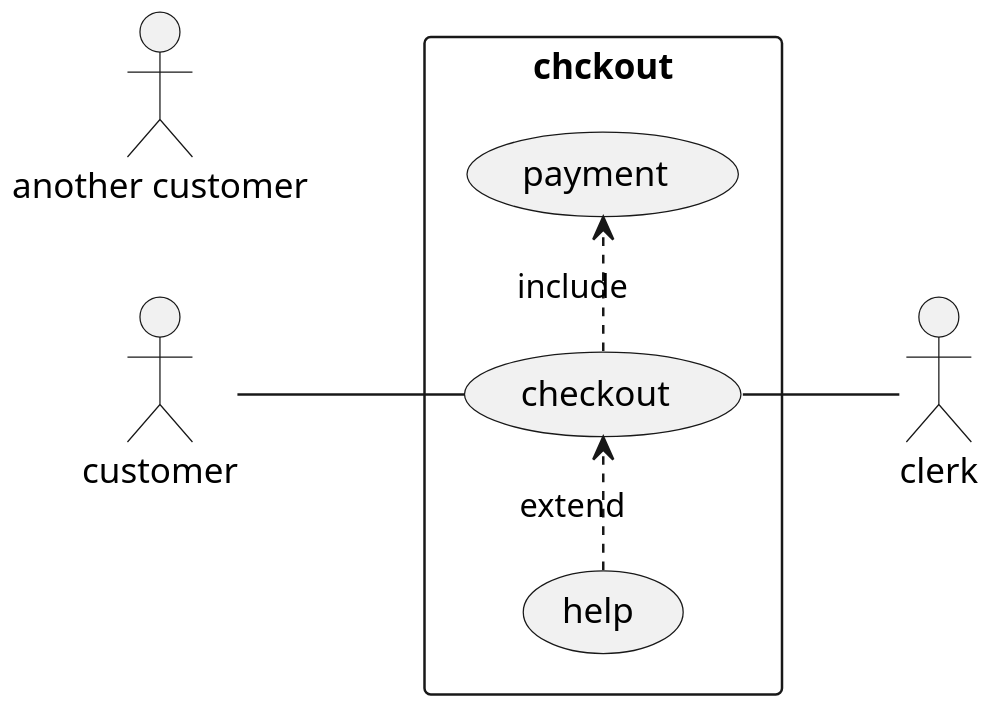
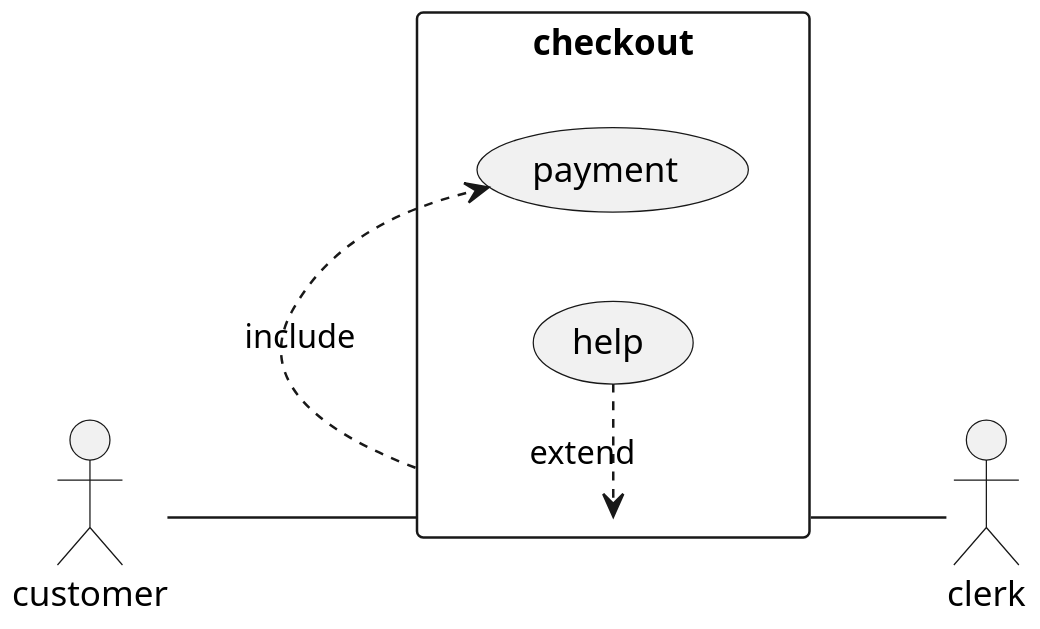
Before and after one commit to MasudaAkio/IcarusUtil: the diagram in test.puml, drawn with PlantUML. The commit also changed 193 other files, not shown here.

```diff
--- a/test.puml
+++ b/test.puml
@@ -1,14 +1,13 @@
 @startuml sample
 scale 2
 left to right direction
-skinparam packageStyle rect
+' skinparam packageStyle rect
 actor customer
-actor "another customer" as au
 actor clerk
-rectangle chckout {
+rectangle checkout {
     customer -- (checkout)
     (checkout).> (payment): include
     (help).> (checkout): extend
     (checkout)-- clerk
 }
 @enduml
```
